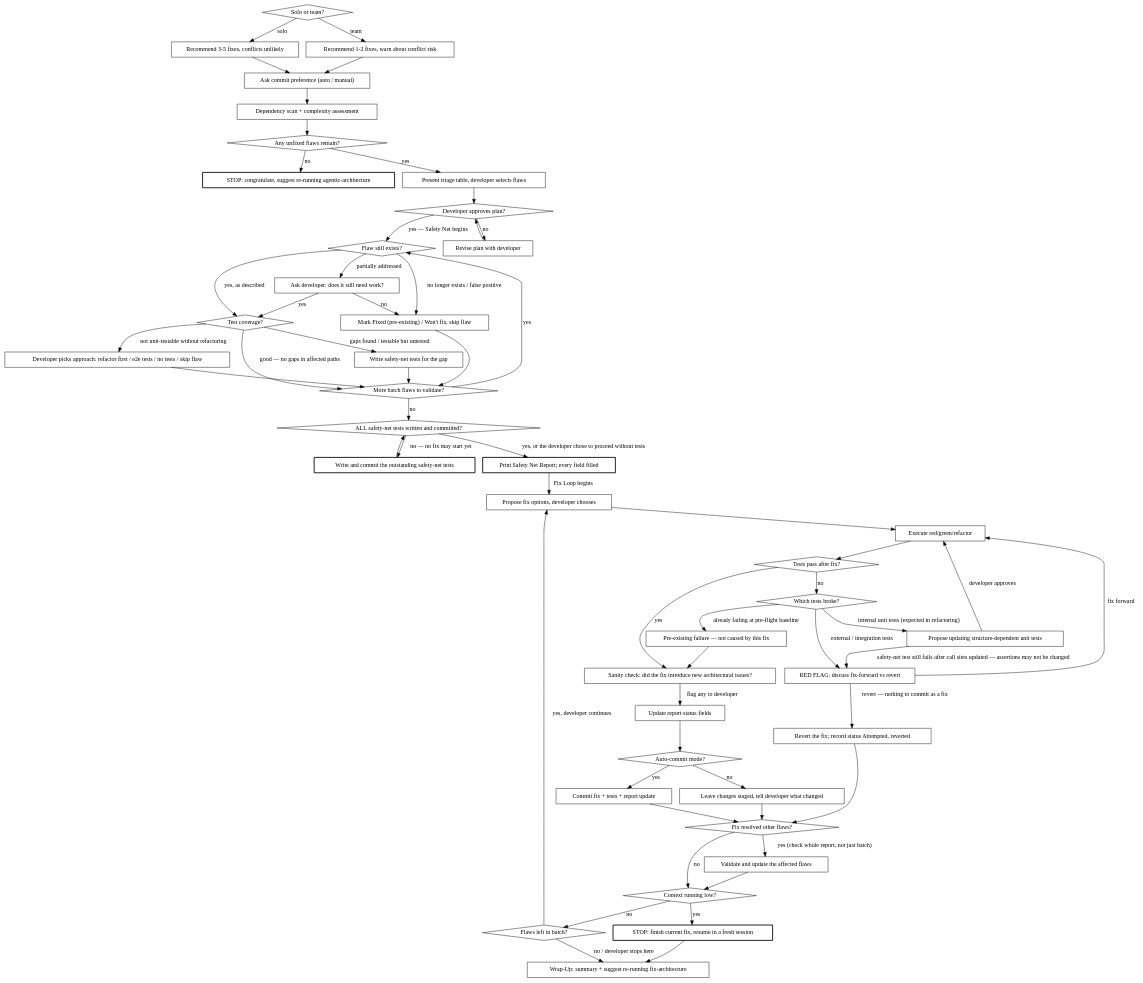
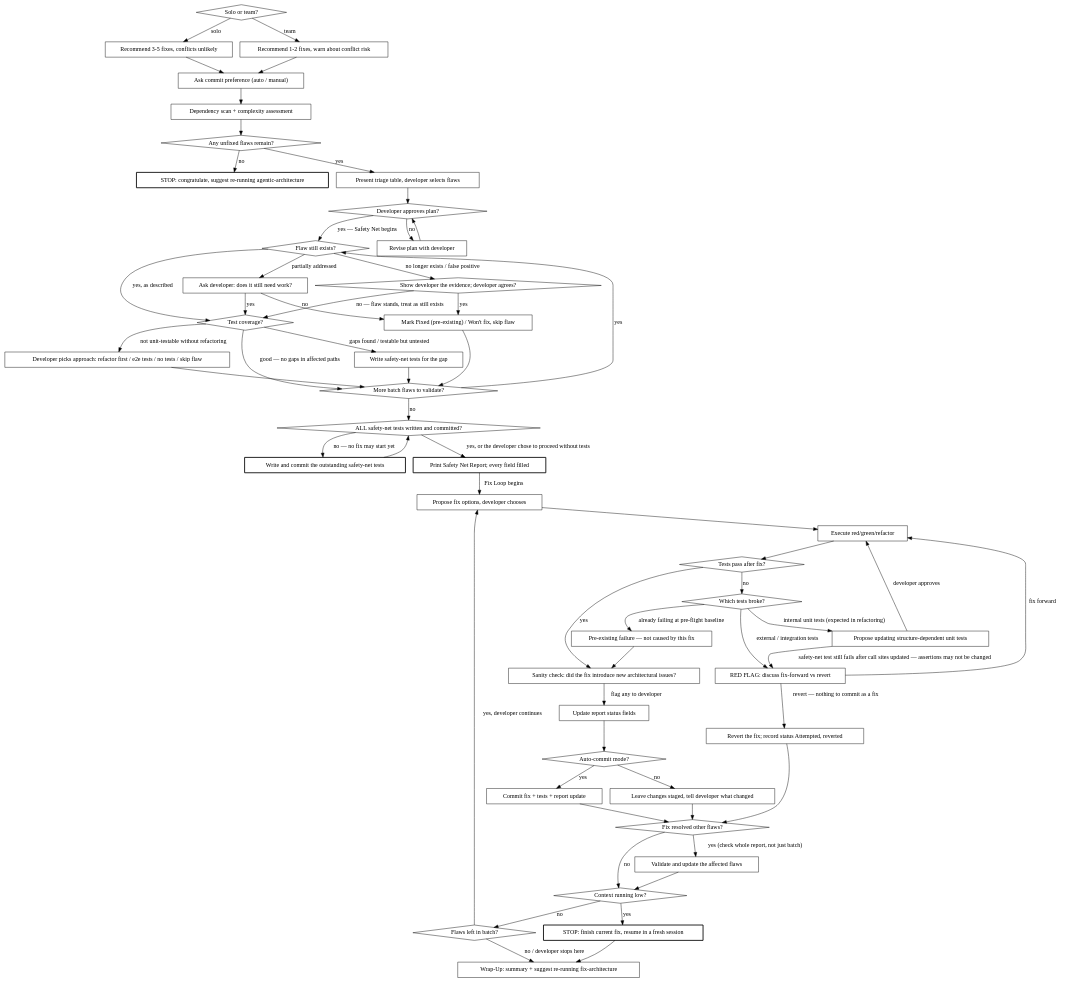
Before and after one commit to Ovid/paad: the second of 2 diagrams in plugins/paad/skills/fix-architecture/SKILL.md, drawn with Graphviz. The commit also changed other lines of this file and 1 other file, not shown here.

```diff
--- a/plugins/paad/skills/fix-architecture/SKILL.md
+++ b/plugins/paad/skills/fix-architecture/SKILL.md
@@ -87,6 +87,7 @@
   "Revise plan with developer" [shape=box];
 
   "Ask developer: does it still need work?" [shape=box];
+  "Show developer the evidence; developer agrees?" [shape=diamond];
   "Mark Fixed (pre-existing) / Won't fix, skip flaw" [shape=box];
   "Write safety-net tests for the gap" [shape=box];
   "Developer picks approach: refactor first / e2e tests / no tests / skip flaw" [shape=box];
@@ -122,7 +123,9 @@
 
   "Flaw still exists?" -> "Test coverage?" [label="yes, as described"];
   "Flaw still exists?" -> "Ask developer: does it still need work?" [label="partially addressed"];
-  "Flaw still exists?" -> "Mark Fixed (pre-existing) / Won't fix, skip flaw" [label="no longer exists / false positive"];
+  "Flaw still exists?" -> "Show developer the evidence; developer agrees?" [label="no longer exists / false positive"];
+  "Show developer the evidence; developer agrees?" -> "Mark Fixed (pre-existing) / Won't fix, skip flaw" [label="yes"];
+  "Show developer the evidence; developer agrees?" -> "Test coverage?" [label="no — flaw stands, treat as still exists"];
   "Ask developer: does it still need work?" -> "Test coverage?" [label="yes"];
   "Ask developer: does it still need work?" -> "Mark Fixed (pre-existing) / Won't fix, skip flaw" [label="no"];
   "Mark Fixed (pre-existing) / Won't fix, skip flaw" -> "More batch flaws to validate?";
```
